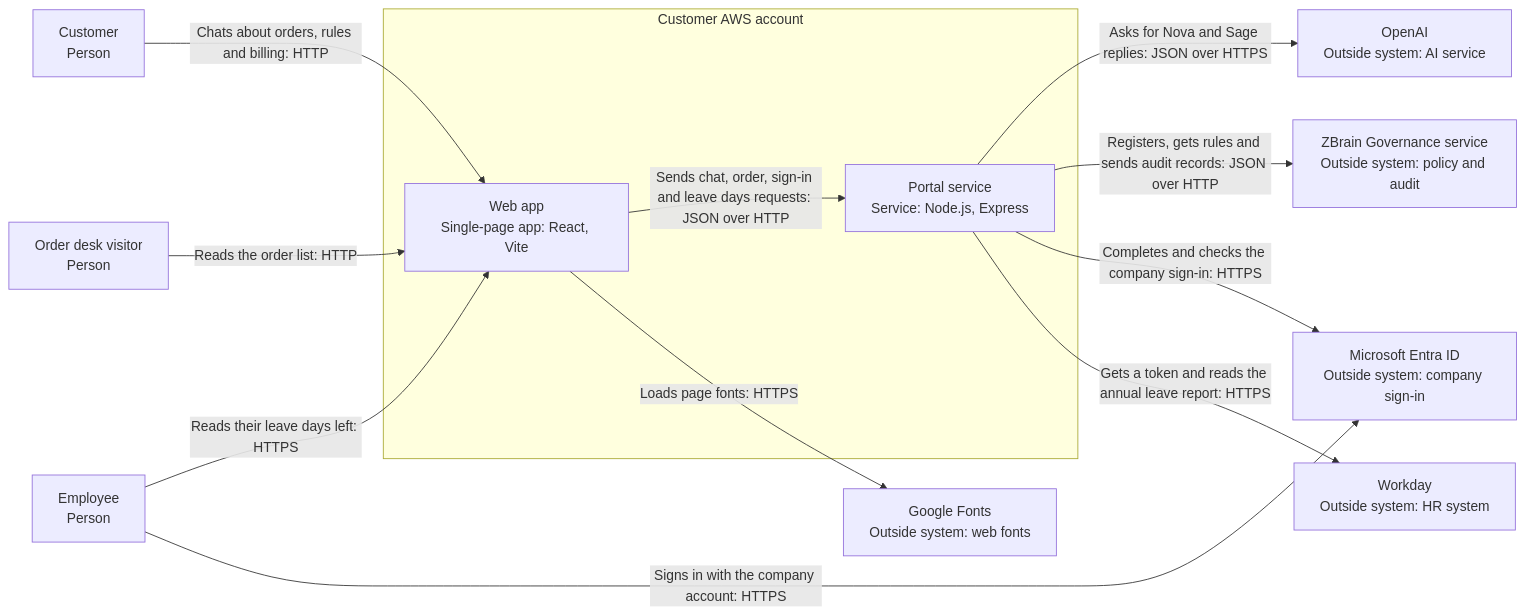
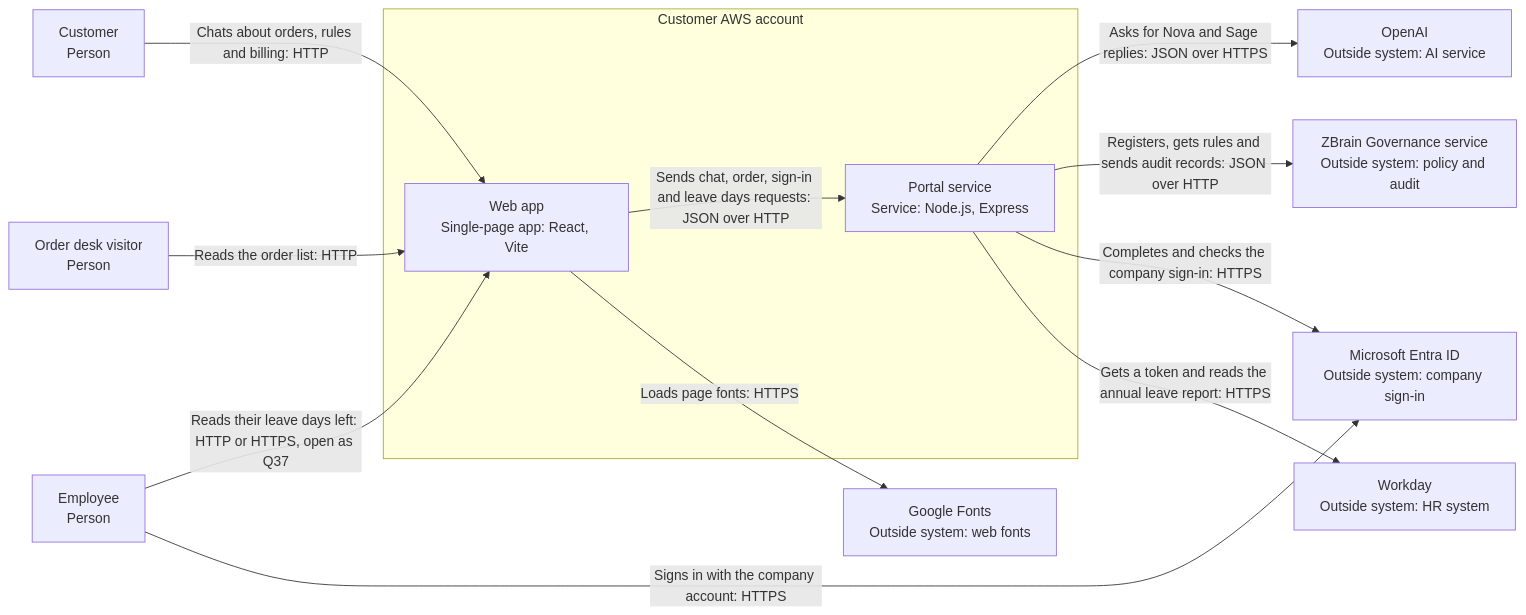
One commit to lhtshyamalshah/northstar-support-portal changed the diagram in zbrain-docs/architecture/architecture-diagram.md. Above: the diagram before and after it, drawn with Mermaid. The commit also changed other lines of this file and 1 other file, not shown here.

Commit message:
docs(architecture): define leave balance and workday integration
Session: 5702cca0-dca5-4ae6-8eb6-f13248f9b8f3
Timestamp: 2026-11-27T08:46:18.610Z

````diff
--- a/zbrain-docs/architecture/architecture-diagram.md
+++ b/zbrain-docs/architecture/architecture-diagram.md
@@ -3,25 +3,25 @@
 ```mermaid
 flowchart LR
   customer["Customer<br/>Person"]
   visitor["Order desk visitor<br/>Person"]
   employee["Employee<br/>Person"]
   subgraph aws ["Customer AWS account"]
     web["Web app<br/>Single-page app: React, Vite"]
     api["Portal service<br/>Service: Node.js, Express"]
   end
   openai["OpenAI<br/>Outside system: AI service"]
   gov["ZBrain Governance service<br/>Outside system: policy and audit"]
   entra["Microsoft Entra ID<br/>Outside system: company sign-in"]
   workday["Workday<br/>Outside system: HR system"]
   fonts["Google Fonts<br/>Outside system: web fonts"]
   customer -->|"Chats about orders, rules and billing: HTTP"| web
   visitor -->|"Reads the order list: HTTP"| web
-  employee -->|"Reads their leave days left: HTTPS"| web
+  employee -->|"Reads their leave days left: HTTP or HTTPS, open as Q37"| web
   employee -->|"Signs in with the company account: HTTPS"| entra
   web -->|"Sends chat, order, sign-in and leave days requests: JSON over HTTP"| api
   web -->|"Loads page fonts: HTTPS"| fonts
   api -->|"Asks for Nova and Sage replies: JSON over HTTPS"| openai
   api -->|"Registers, gets rules and sends audit records: JSON over HTTP"| gov
   api -->|"Completes and checks the company sign-in: HTTPS"| entra
   api -->|"Gets a token and reads the annual leave report: HTTPS"| workday
 ```
````
